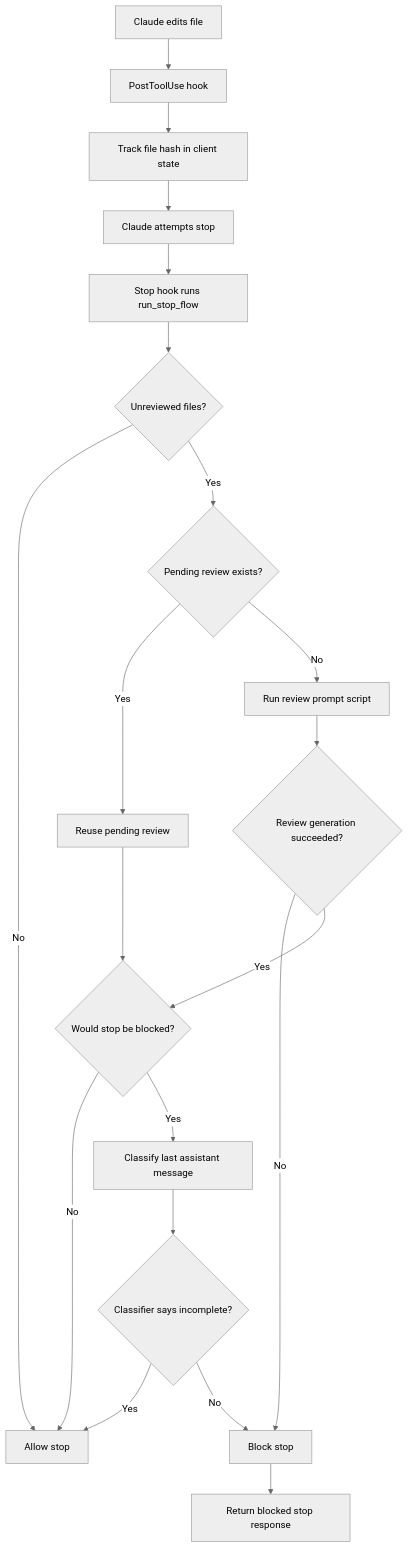
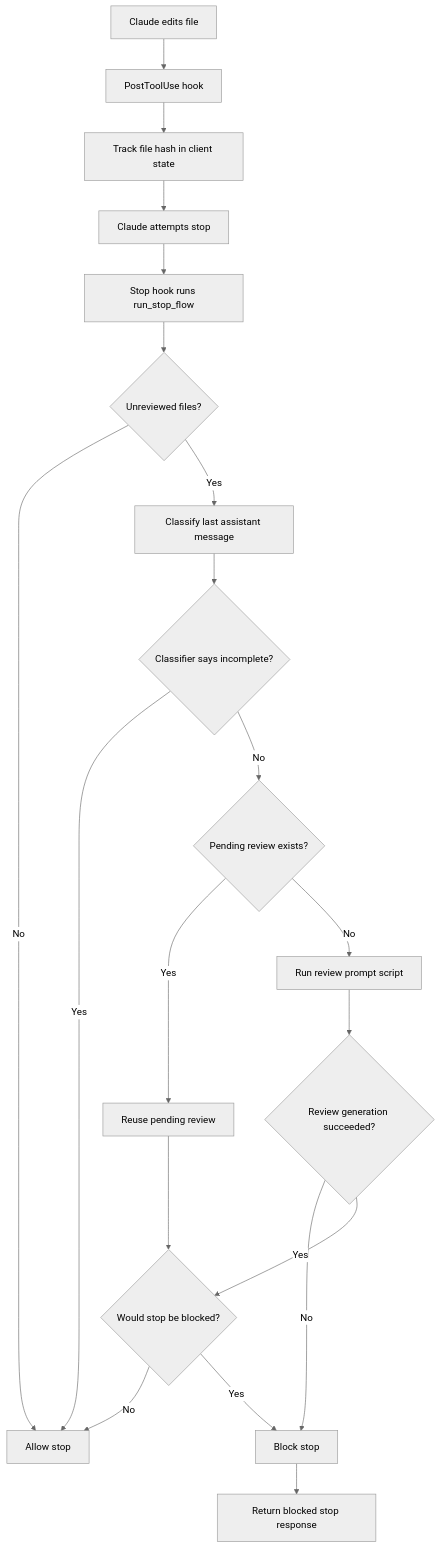
One commit to tudragon154203/claude-auto-review changed the diagram in README.md. Above: the diagram before and after it, drawn with Mermaid (neutral theme). The commit also changed other lines of this file and 7 other files, not shown here.

Commit message:
Run stop classifier before review resolution

````diff
--- a/README.md
+++ b/README.md
@@ -11,22 +11,22 @@
 ```mermaid
 flowchart TD
     A[Claude edits file] --> B[PostToolUse hook]
     B --> C[Track file hash in client state]
     C --> D[Claude attempts stop]
     D --> E[Stop hook runs run_stop_flow]
     E --> F{Unreviewed files?}
     F -- No --> G[Allow stop]
-    F -- Yes --> H{Pending review exists?}
-    H -- Yes --> I[Reuse pending review]
-    H -- No --> J[Run review prompt script]
-    J --> K{Review generation succeeded?}
-    K -- No --> L[Block stop]
-    K -- Yes --> M{Would stop be blocked?}
-    I --> M
-    M -- No --> G
-    M -- Yes --> N[Classify last assistant message]
-    N --> O{Classifier says incomplete?}
-    O -- Yes --> G
-    O -- No --> L
-    L --> P[Return blocked stop response]
+    F -- Yes --> H[Classify last assistant message]
+    H --> I{Classifier says incomplete?}
+    I -- Yes --> G
+    I -- No --> J{Pending review exists?}
+    J -- Yes --> K[Reuse pending review]
+    J -- No --> L[Run review prompt script]
+    L --> M{Review generation succeeded?}
+    M -- No --> N[Block stop]
+    M -- Yes --> O{Would stop be blocked?}
+    K --> O
+    O -- No --> G
+    O -- Yes --> N
+    N --> P[Return blocked stop response]
 ```
````
